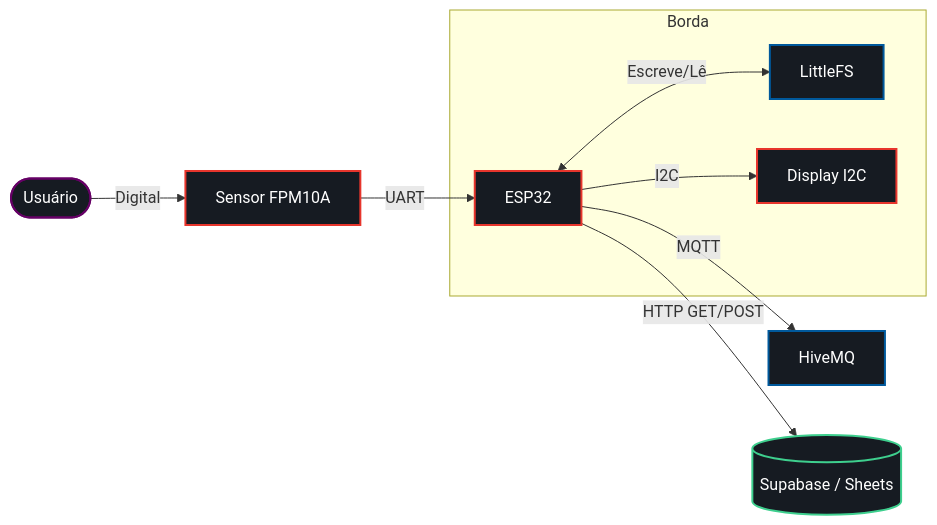
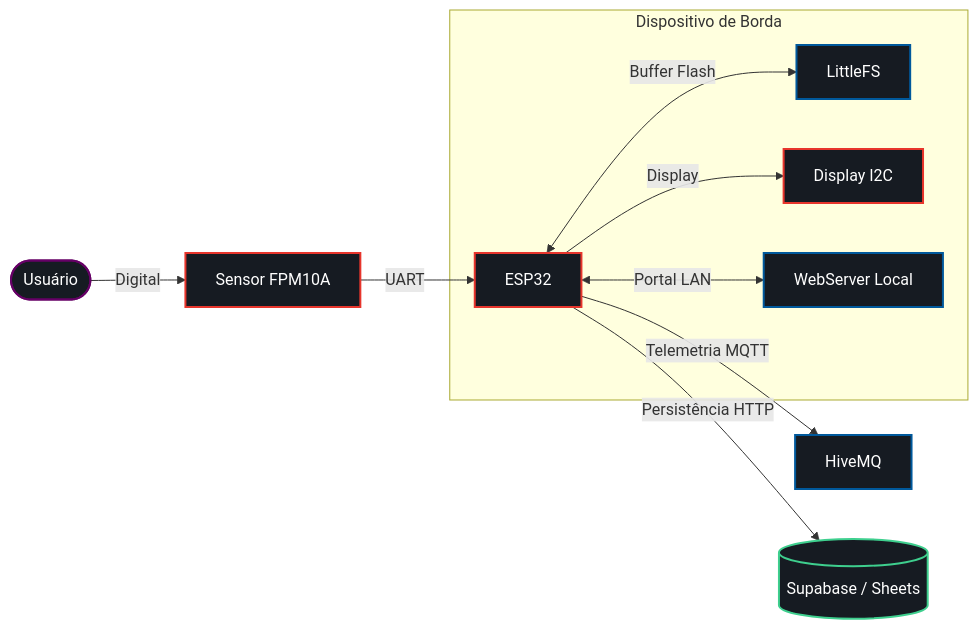
Before and after one commit to TheoEnderson/projeto-sensor: the diagram in README.md, drawn with Mermaid. The commit also changed other lines of this file and 3 other files, not shown here.

````diff
--- a/README.md
+++ b/README.md
@@ -26,27 +30,29 @@
 ```mermaid
 flowchart LR
     User([Usuário]) --> |Digital| Sensor[Sensor FPM10A]
     Sensor --> |UART| ESP[ESP32]
     
-    subgraph Borda
+    subgraph Dispositivo de Borda
         ESP
         Mem[LittleFS]
         LCD[Display I2C]
+        Web[WebServer Local]
     end
     
-    ESP <--> |Escreve/Lê| Mem
-    ESP --> |I2C| LCD
+    ESP <--> |Buffer Flash| Mem
+    ESP --> |Display| LCD
+    ESP <--> |Portal LAN| Web
     
-    ESP -->|MQTT| Broker[HiveMQ]
-    ESP -->|HTTP GET/POST| BD[(Supabase / Sheets)]
+    ESP -->|Telemetria MQTT| Broker[HiveMQ]
+    ESP -->|Persistência HTTP| BD[(Supabase / Sheets)]
 
     classDef escuro fill:#161b22,stroke:#00599C,stroke-width:2px,color:#fff;
     classDef hardware fill:#161b22,stroke:#E7352C,stroke-width:2px,color:#fff;
     classDef cloud fill:#161b22,stroke:#3ECF8E,stroke-width:2px,color:#fff;
     classDef user fill:#161b22,stroke:#660066,stroke-width:2px,color:#fff;
     
     class ESP,Sensor,LCD hardware;
-    class Mem,Broker escuro;
+    class Mem,Broker,Web escuro;
     class BD cloud;
     class User user;
 ```
````
